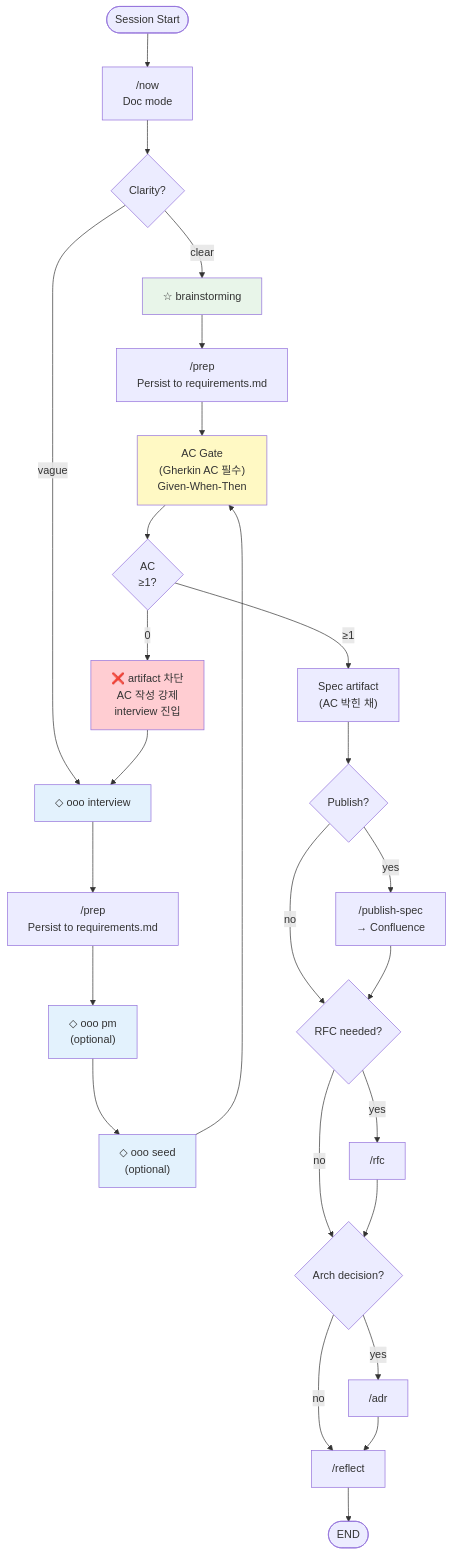
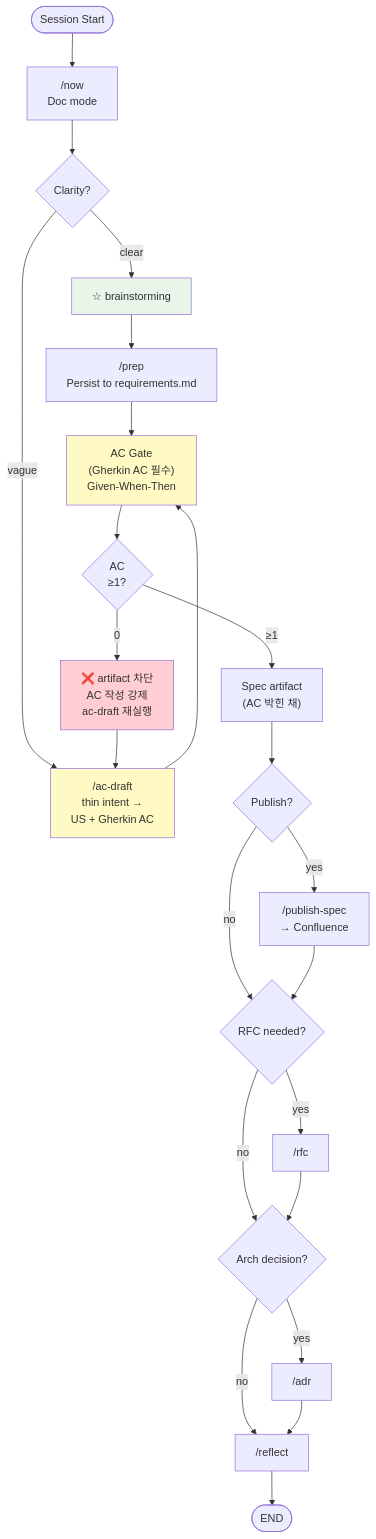
One commit to narashin/nara-kit changed the second of 2 diagrams in README.md. Above: the diagram before and after it, drawn with Mermaid. The commit also changed other lines of this file and 14 other files, not shown here.

Commit message:
feat: add ac-draft skill + integrate dev/doc workflow (thin SoT path)

````diff
--- a/README.md
+++ b/README.md
@@ -288,35 +295,30 @@
 ```mermaid
 flowchart TD
     START([Session Start]) --> NOW["/now<br>Doc mode"]
     NOW --> CLARITY{Clarity?}
     CLARITY -->|clear| BRAIN["☆ brainstorming"]
-    CLARITY -->|vague| OOO_INT["◇ ooo interview"]
+    CLARITY -->|vague| AC_DRAFT["/ac-draft<br>thin intent →<br>US + Gherkin AC"]
     BRAIN --> PREP1["/prep<br>Persist to requirements.md"]
-    OOO_INT --> PREP2["/prep<br>Persist to requirements.md"]
-    PREP2 --> OOO_PM["◇ ooo pm<br>(optional)"]
-    OOO_PM --> OOO_SEED["◇ ooo seed<br>(optional)"]
-    PREP1 --> AC_GATE["AC Gate<br>(Gherkin AC 필수)<br>Given-When-Then"]
-    OOO_SEED --> AC_GATE
+    AC_DRAFT --> AC_GATE["AC Gate<br>(Gherkin AC 필수)<br>Given-When-Then"]
+    PREP1 --> AC_GATE
     AC_GATE --> AC_OK{AC<br>≥1?}
-    AC_OK -->|"0"| AC_BLOCK["❌ artifact 차단<br>AC 작성 강제<br>interview 진입"]
-    AC_BLOCK --> OOO_INT
+    AC_OK -->|"0"| AC_BLOCK["❌ artifact 차단<br>AC 작성 강제<br>ac-draft 재실행"]
+    AC_BLOCK --> AC_DRAFT
     AC_OK -->|"≥1"| SPEC["Spec artifact<br>(AC 박힌 채)"]
     SPEC --> PUB{Publish?}
     PUB -->|yes| PUBLISH["/publish-spec<br>→ Confluence"]
     PUB -->|no| RFC_Q{RFC needed?}
     PUBLISH --> RFC_Q
     RFC_Q -->|yes| RFC["/rfc"]
     RFC_Q -->|no| ADR_Q{Arch decision?}
     RFC --> ADR_Q
     ADR_Q -->|yes| ADR["/adr"]
     ADR_Q -->|no| REFLECT["/reflect"]
     ADR --> REFLECT
     REFLECT --> END([END])
 
     style BRAIN fill:#e8f5e9
-    style OOO_INT fill:#e3f2fd
-    style OOO_PM fill:#e3f2fd
-    style OOO_SEED fill:#e3f2fd
+    style AC_DRAFT fill:#fff9c4
     style AC_GATE fill:#fff9c4
     style AC_BLOCK fill:#ffcdd2
 ```
````
